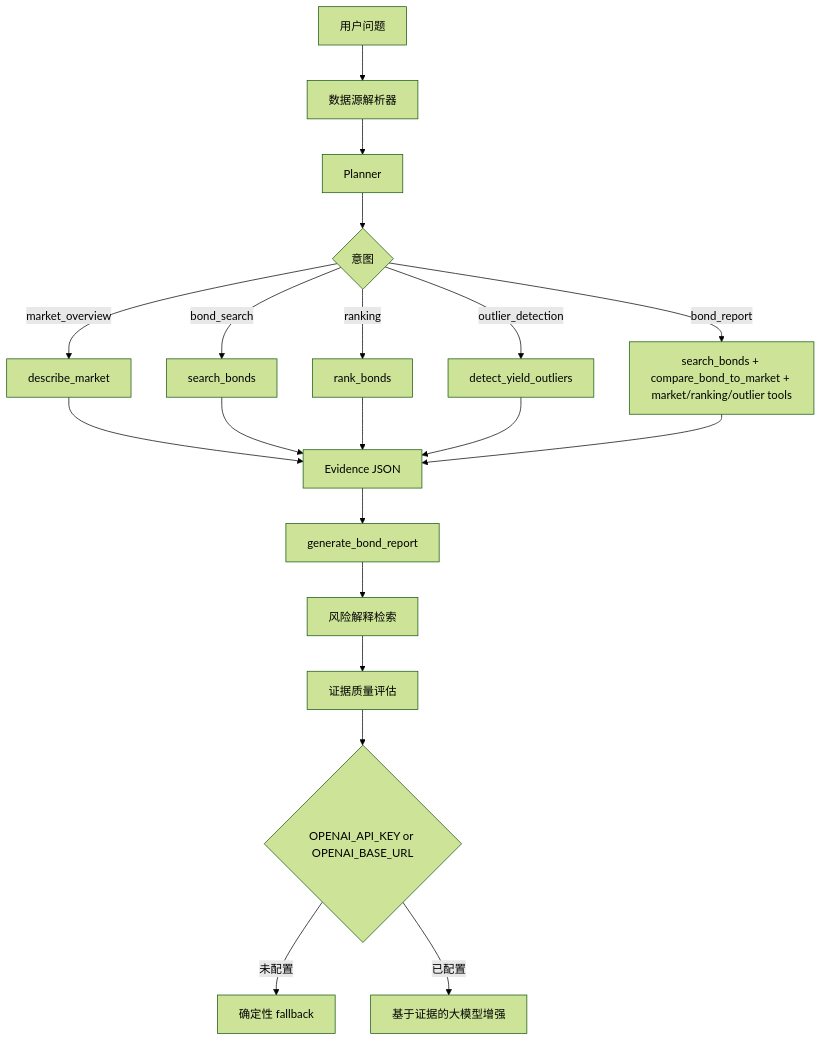
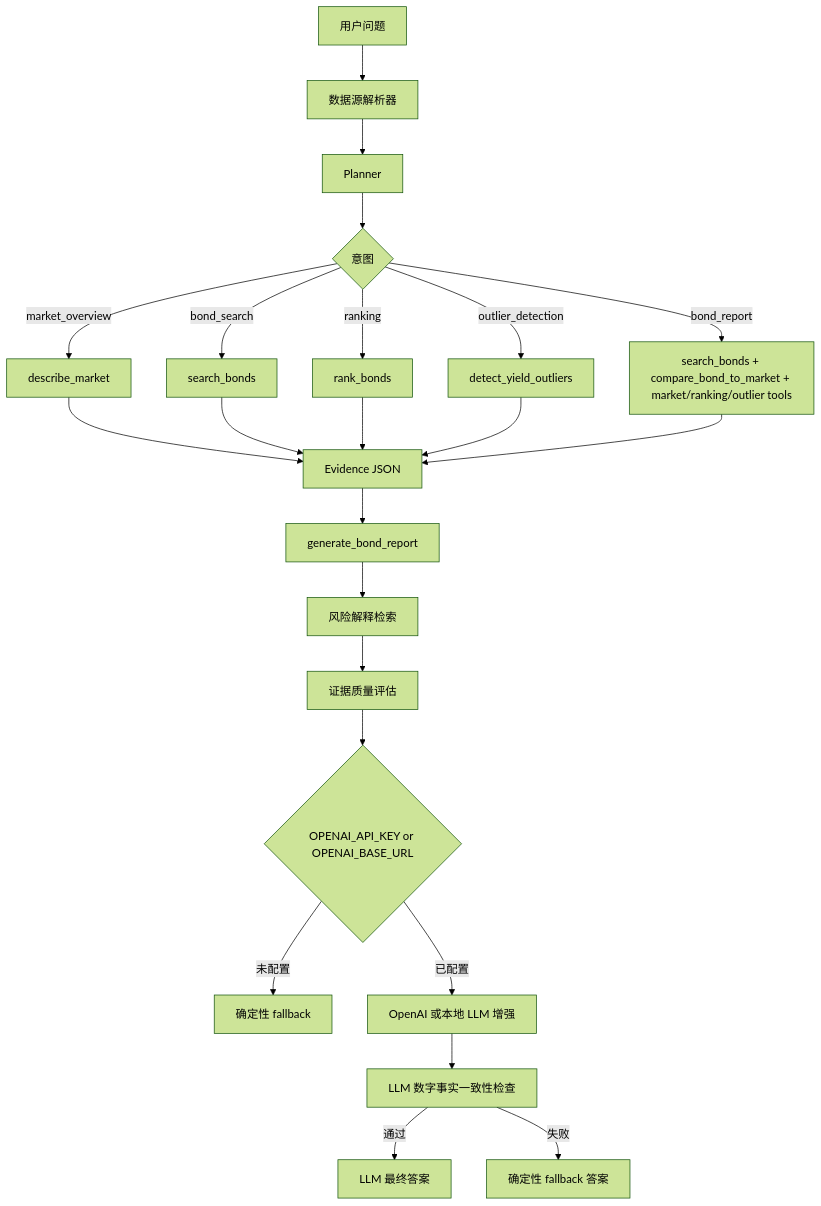
One commit to Phoenix0531-sudo/bondlens-ai changed the diagram in README.zh-CN.md. Above: the diagram before and after it, drawn with Mermaid (forest theme). The commit also changed other lines of this file and 6 other files, not shown here.

````diff
--- a/README.zh-CN.md
+++ b/README.zh-CN.md
@@ -66,22 +68,25 @@
 ```mermaid
 flowchart TD
     A[用户问题] --> B[数据源解析器]
     B --> C[Planner]
     C --> D{意图}
     D -->|market_overview| E[describe_market]
     D -->|bond_search| F[search_bonds]
     D -->|ranking| G[rank_bonds]
     D -->|outlier_detection| H[detect_yield_outliers]
     D -->|bond_report| I[search_bonds + compare_bond_to_market + market/ranking/outlier tools]
     E --> J[Evidence JSON]
     F --> J
     G --> J
     H --> J
     I --> J
     J --> K[generate_bond_report]
     K --> L[风险解释检索]
     L --> M[证据质量评估]
     M --> N{OPENAI_API_KEY or OPENAI_BASE_URL}
     N -->|未配置| O[确定性 fallback]
-    N -->|已配置| P[基于证据的大模型增强]
+    N -->|已配置| P[OpenAI 或本地 LLM 增强]
+    P --> Q[LLM 数字事实一致性检查]
+    Q -->|通过| R[LLM 最终答案]
+    Q -->|失败| S[确定性 fallback 答案]
 ```
````
